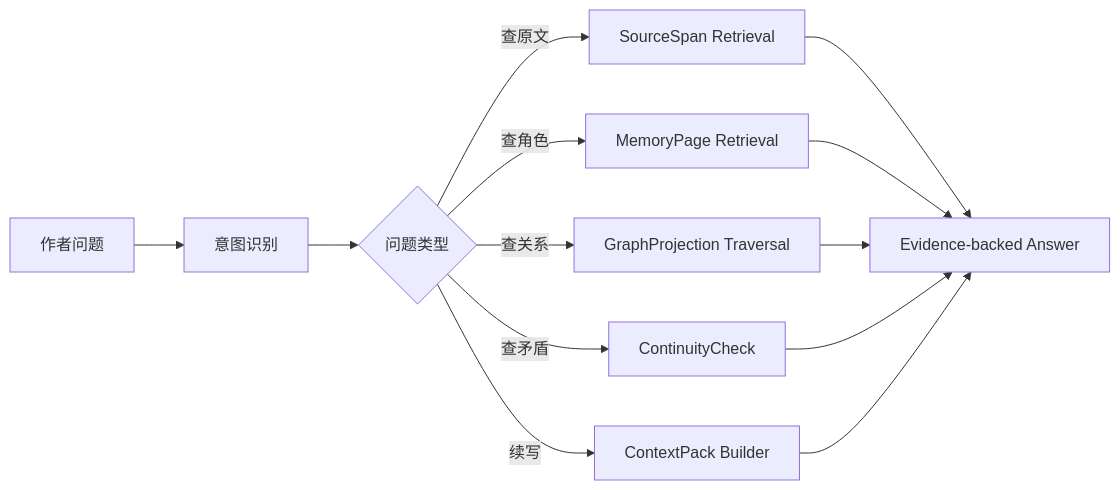
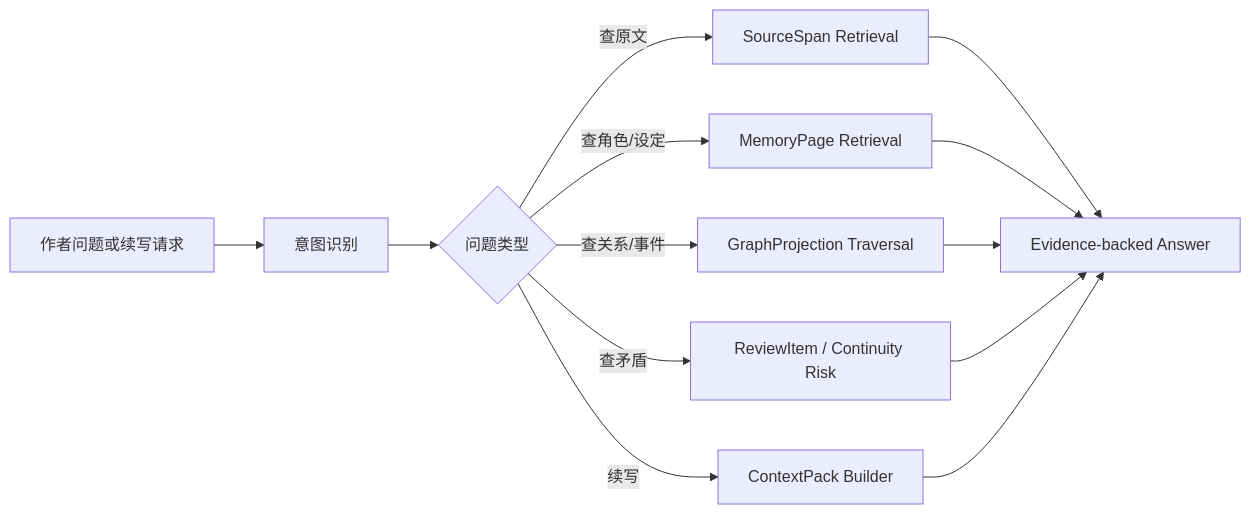
One commit to FrankQDWang/sextantlabs changed the fourth of 6 diagrams in goals/01-data-flow.md. Above: the diagram before and after it, drawn with Mermaid. The commit also changed other lines of this file and 16 other files, not shown here.

````diff
--- a/goals/01-data-flow.md
+++ b/goals/01-data-flow.md
@@ -87,15 +106,15 @@
 ```mermaid
 flowchart LR
-    A[作者问题] --> B[意图识别]
+    A[作者问题或续写请求] --> B[意图识别]
     B --> C{问题类型}
     C -->|查原文| D[SourceSpan Retrieval]
-    C -->|查角色| E[MemoryPage Retrieval]
-    C -->|查关系| F[GraphProjection Traversal]
-    C -->|查矛盾| G[ContinuityCheck]
+    C -->|查角色/设定| E[MemoryPage Retrieval]
+    C -->|查关系/事件| F[GraphProjection Traversal]
+    C -->|查矛盾| G[ReviewItem / Continuity Risk]
     C -->|续写| H[ContextPack Builder]
     D --> I[Evidence-backed Answer]
     E --> I
     F --> I
     G --> I
     H --> I
 ```
````
